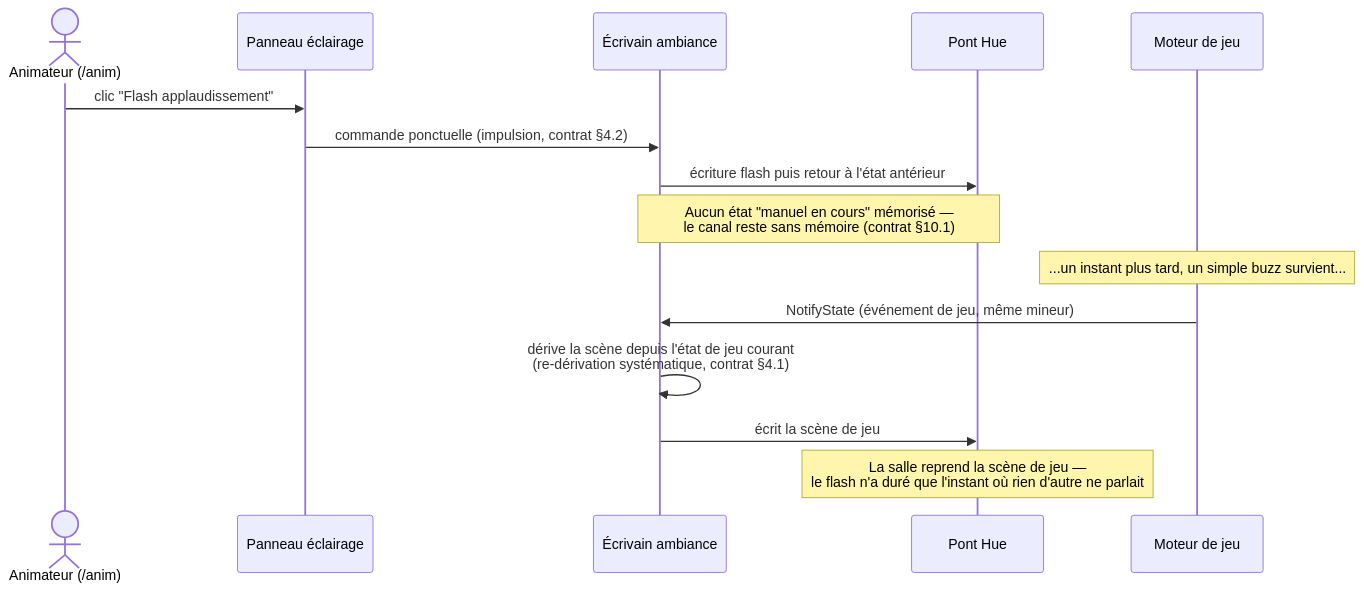
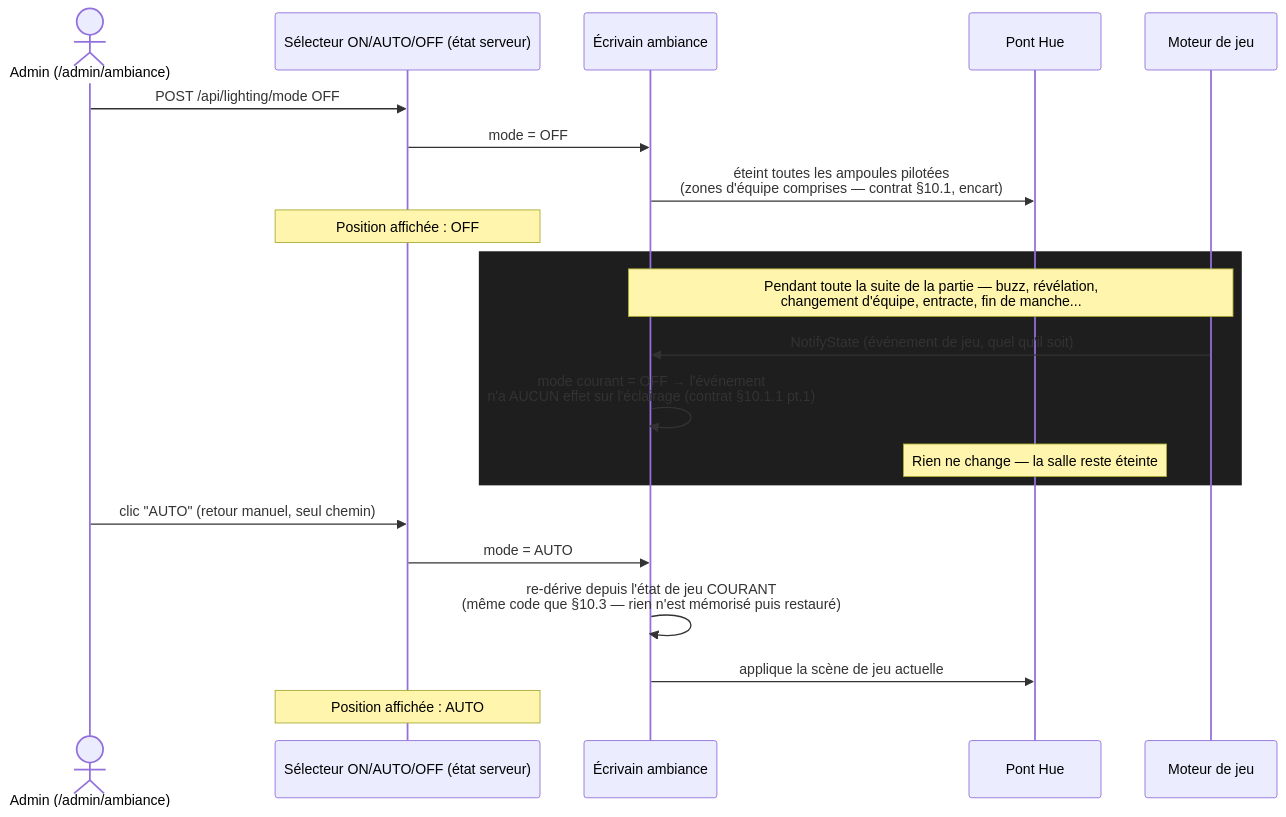
Before and after one commit to CCoupel/BuzzMaster: the first of 3 diagrams in docs/mockups/lighting-priority-208.md, drawn with Mermaid. The commit also changed other lines of this file, not shown here.

First line of the commit message:
docs(mockups): Rewrite lighting-priority-208.md for hold-only design (#208)

````diff
--- a/docs/mockups/lighting-priority-208.md
+++ b/docs/mockups/lighting-priority-208.md
@@ -18,20 +23,26 @@
 ```mermaid
 sequenceDiagram
-    actor Anim as Animateur (/anim)
-    participant Panel as Panneau éclairage
+    actor Admin as Admin (/admin/ambiance)
+    participant Sel as Sélecteur ON/AUTO/OFF (état serveur)
     participant Writer as Écrivain ambiance
     participant Hue as Pont Hue
     participant Game as Moteur de jeu
 
-    Anim->>Panel: clic "Flash applaudissement"
-    Panel->>Writer: commande ponctuelle (impulsion, contrat §4.2)
-    Writer->>Hue: écriture flash puis retour à l'état antérieur
-    Note over Writer,Hue: Aucun état "manuel en cours" mémorisé —<br/>le canal reste sans mémoire (contrat §10.1)
+    Admin->>Sel: POST /api/lighting/mode OFF
+    Sel->>Writer: mode = OFF
+    Writer->>Hue: éteint toutes les ampoules pilotées<br/>(zones d'équipe comprises — contrat §10.1, encart)
+    Note over Sel: Position affichée : OFF
 
-    Note over Game: ...un instant plus tard, un simple buzz survient...
+    rect rgb(30, 30, 30)
+    Note over Game,Writer: Pendant toute la suite de la partie — buzz, révélation,<br/>changement d'équipe, entracte, fin de manche...
+    Game->>Writer: NotifyState (événement de jeu, quel qu'il soit)
+    Writer->>Writer: mode courant = OFF → l'événement<br/>n'a AUCUN effet sur l'éclairage (contrat §10.1.1 pt.1)
+    Note over Hue: Rien ne change — la salle reste éteinte
+    end
 
-    Game->>Writer: NotifyState (événement de jeu, même mineur)
-    Writer->>Writer: dérive la scène depuis l'état de jeu courant<br/>(re-dérivation systématique, contrat §4.1)
-    Writer->>Hue: écrit la scène de jeu
-    Note over Hue: La salle reprend la scène de jeu —<br/>le flash n'a duré que l'instant où rien d'autre ne parlait
+    Admin->>Sel: clic "AUTO" (retour manuel, seul chemin)
+    Sel->>Writer: mode = AUTO
+    Writer->>Writer: re-dérive depuis l'état de jeu COURANT<br/>(même code que §10.3 — rien n'est mémorisé puis restauré)
+    Writer->>Hue: applique la scène de jeu actuelle
+    Note over Sel: Position affichée : AUTO
 ```
````
